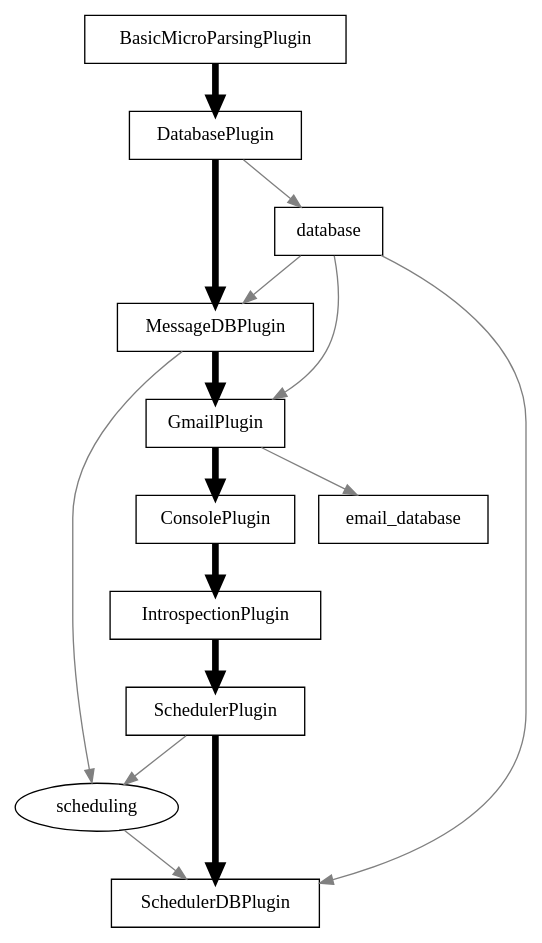
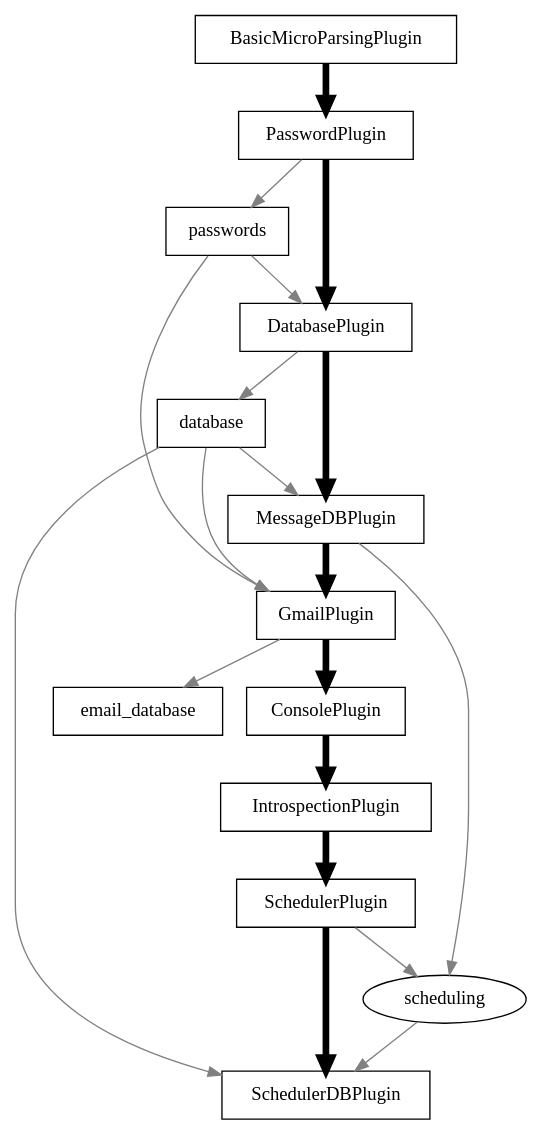
Before and after one commit to rajattags/sandysback: the diagram in src/attic/visualization/plugins.dot, drawn with Graphviz. The commit also changed 3 other files, not shown here.

```diff
--- a/src/attic/visualization/plugins.dot
+++ b/src/attic/visualization/plugins.dot
@@ -1,20 +1,25 @@
 digraph G {
-	node [shape=box]; BasicMicroParsingPlugin IntrospectionPlugin GmailPlugin SchedulerPlugin MessageDBPlugin SchedulerDBPlugin ConsolePlugin DatabasePlugin
+	node [shape=box]; BasicMicroParsingPlugin IntrospectionPlugin GmailPlugin SchedulerPlugin MessageDBPlugin SchedulerDBPlugin ConsolePlugin DatabasePlugin PasswordPlugin
+	PasswordPlugin -> passwords [weight = 10 color = gray];
 	GmailPlugin -> email_database [weight = 10 color = gray];
 	DatabasePlugin -> database [weight = 10 color = gray];
+	node [shape=ellipse]; passwords
+	passwords -> GmailPlugin [weight = 10 color = gray];
 	node [shape=ellipse]; database
 	database -> GmailPlugin [weight = 10 color = gray];
 	database -> MessageDBPlugin [weight = 10 color = gray];
 	SchedulerPlugin -> scheduling [weight = 10 color = gray];
 	MessageDBPlugin -> scheduling [weight = 10 color = gray];
 	node [shape=ellipse]; scheduling
 	scheduling -> SchedulerDBPlugin [weight = 10 color = gray];
 	database -> SchedulerDBPlugin [weight = 10 color = gray];
-	BasicMicroParsingPlugin -> DatabasePlugin [penwidth = 5 weight = 100];
+	passwords -> DatabasePlugin [weight = 10 color = gray];
+	BasicMicroParsingPlugin -> PasswordPlugin [penwidth = 5 weight = 100];
+	PasswordPlugin -> DatabasePlugin [penwidth = 5 weight = 100];
 	DatabasePlugin -> MessageDBPlugin [penwidth = 5 weight = 100];
 	MessageDBPlugin -> GmailPlugin [penwidth = 5 weight = 100];
 	GmailPlugin -> ConsolePlugin [penwidth = 5 weight = 100];
 	ConsolePlugin -> IntrospectionPlugin [penwidth = 5 weight = 100];
 	IntrospectionPlugin -> SchedulerPlugin [penwidth = 5 weight = 100];
 	SchedulerPlugin -> SchedulerDBPlugin [penwidth = 5 weight = 100];
 }
```
